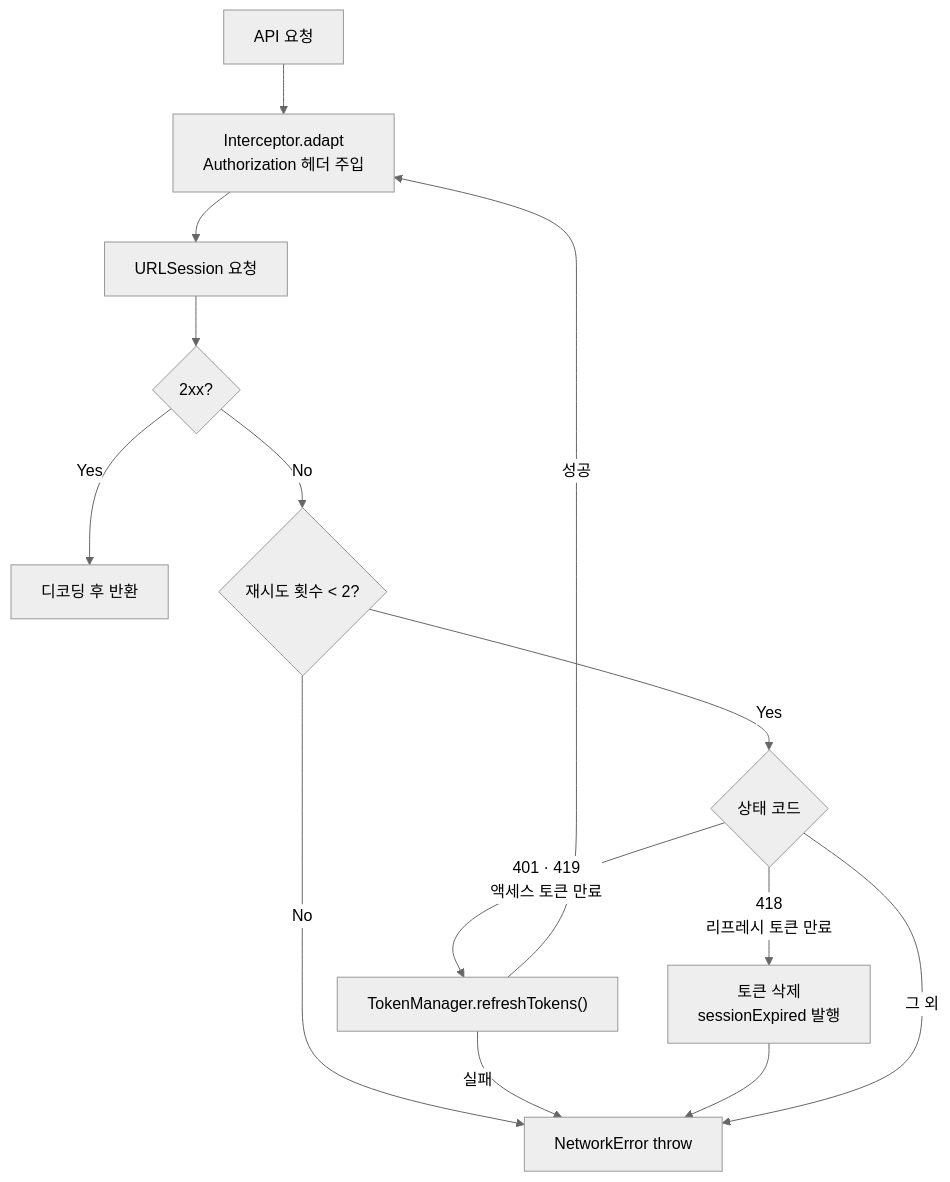
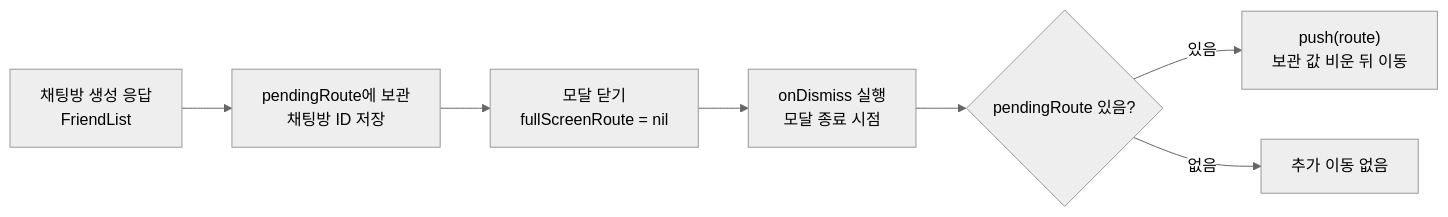
Before and after one commit to Maekiee/FlowLab: the fourth of 10 diagrams in README.md, drawn with Mermaid (neutral theme). The commit also changed other lines of this file, not shown here.

````diff
--- a/README.md
+++ b/README.md
@@ -189,15 +215,9 @@
 ```mermaid
-flowchart TD
-    Req["API 요청"] --> Adapt["Interceptor.adapt<br/>Authorization 헤더 주입"]
-    Adapt --> Send["URLSession 요청"]
-    Send --> OK{"2xx?"}
-    OK -- "Yes" --> Decode["디코딩 후 반환"]
-    OK -- "No" --> Limit{"재시도 횟수 < 2?"}
-    Limit -- "No" --> Err["NetworkError throw"]
-    Limit -- "Yes" --> Code{"상태 코드"}
-    Code -- "401 · 419<br/>액세스 토큰 만료" --> Refresh["TokenManager.refreshTokens()"]
-    Refresh -- "성공" --> Adapt
-    Refresh -- "실패" --> Err
-    Code -- "418<br/>리프레시 토큰 만료" --> Expire["토큰 삭제<br/>sessionExpired 발행"] --> Err
-    Code -- "그 외" --> Err
+flowchart LR
+    A["채팅방 생성 응답<br/>FriendList"] --> B["pendingRoute에 보관<br/>채팅방 ID 저장"]
+    B --> C["모달 닫기<br/>fullScreenRoute = nil"]
+    C --> D["onDismiss 실행<br/>모달 종료 시점"]
+    D --> E{"pendingRoute 있음?"}
+    E -- "있음" --> F["push(route)<br/>보관 값 비운 뒤 이동"]
+    E -- "없음" --> G["추가 이동 없음"]
 ```
````
